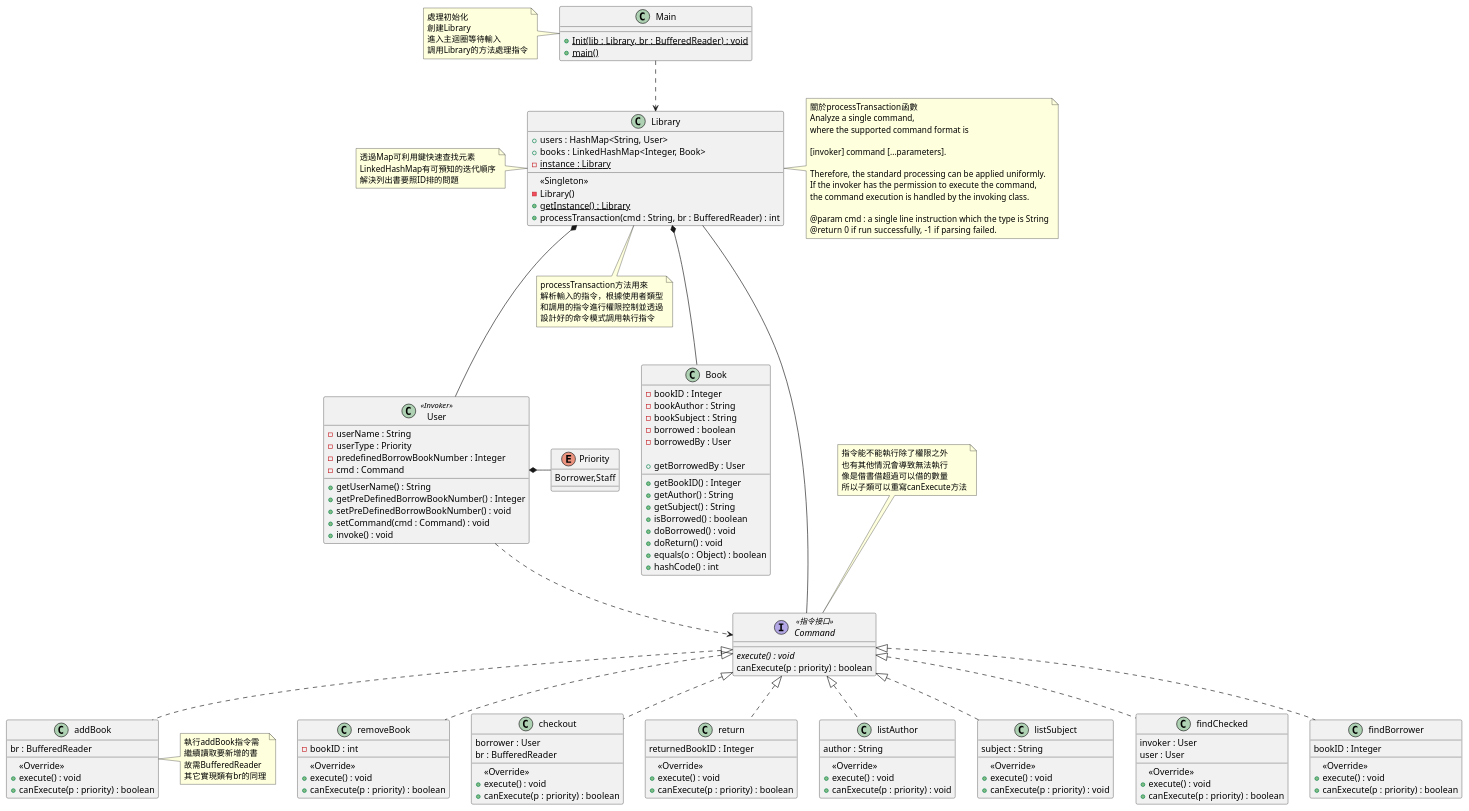
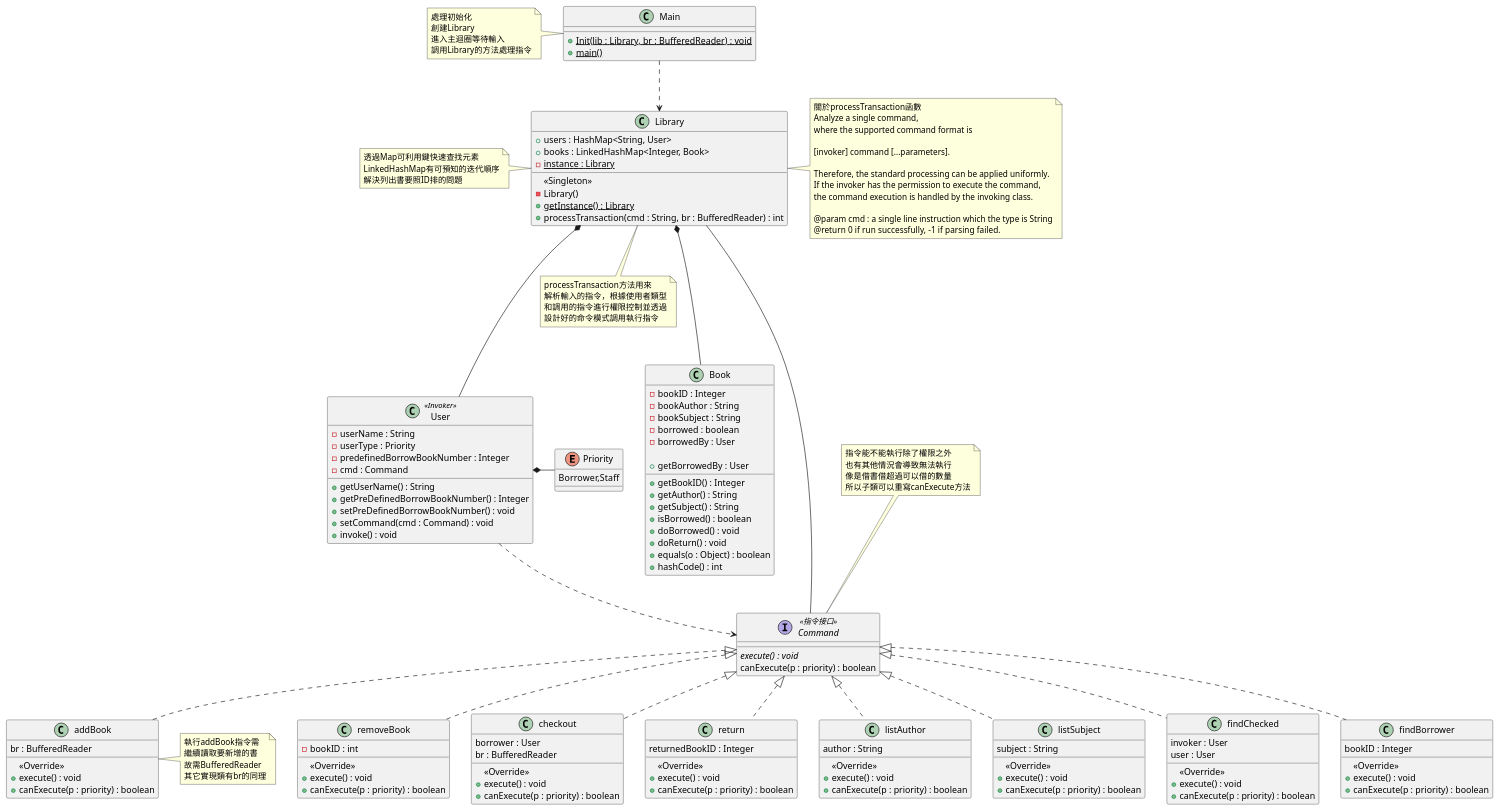
Before and after one commit to moquan4543/SystemDesignFinalProject: the diagram in UMLDiagram/scratch.puml, drawn with PlantUML.

Commit message:
modify class diagram

```diff
--- a/UMLDiagram/scratch.puml
+++ b/UMLDiagram/scratch.puml
@@ -1,130 +1,130 @@
 @startuml
 class Main{
     +{static}Init(lib : Library, br : BufferedReader) : void
     +{static}main()
 }
 note left of Main : 處理初始化\n創建Library\n進入主迴圈等待輸入\n調用Library的方法處理指令
 
 class Library{
     +users : HashMap<String, User>
     +books : LinkedHashMap<Integer, Book>
     {static}-instance : Library
 
     {method}<<Singleton>>
     -Library()
     {static}+getInstance() : Library
     +processTransaction(cmd : String, br : BufferedReader) : int
 }
 note left of Library : 透過Map可利用鍵快速查找元素\nLinkedHashMap有可預知的迭代順序\n解決列出書要照ID排的問題
 note bottom of Library : processTransaction方法用來\n解析輸入的指令，根據使用者類型\n和調用的指令進行權限控制並透過\n設計好的命令模式調用執行指令
 note right of Library : 關於processTransaction函數\nAnalyze a single command,\nwhere the supported command format is\n\n[invoker] command [...parameters].\n\nTherefore, the standard processing can be applied uniformly.\nIf the invoker has the permission to execute the command,\nthe command execution is handled by the invoking class.\n\n@param cmd : a single line instruction which the type is String\n@return  0 if run successfully, -1 if parsing failed.
 
 
 enum Priority{
     Borrower,Staff
 }
 class User<<Invoker>>{
     -userName : String
     -userType : Priority
     -predefinedBorrowBookNumber : Integer
     -cmd : Command
     +getUserName() : String
     +getPreDefinedBorrowBookNumber() : Integer
     +setPreDefinedBorrowBookNumber() : void
     +setCommand(cmd : Command) : void
     +invoke() : void
 }
 
 
 class Book{
     -bookID : Integer
     -bookAuthor : String
     -bookSubject : String
     -borrowed : boolean
     -borrowedBy : User
 
     +getBookID() : Integer
     +getAuthor() : String
     +getSubject() : String
     +isBorrowed() : boolean
     +getBorrowedBy : User
     +doBorrowed() : void
     +doReturn() : void
     +equals(o : Object) : boolean
     +hashCode() : int
 }
 
 
 interface Command<< 指令接口 >>{
     {abstract} execute() : void
     canExecute(p : priority) : boolean
 }
 note top of Command : 指令能不能執行除了權限之外\n也有其他情況會導致無法執行\n像是借書借超過可以借的數量\n所以子類可以重寫canExecute方法
 
 class addBook implements Command{
     br : BufferedReader
 
     {method}<<Override>>
     +execute() : void
     +canExecute(p : priority) : boolean
 }
 note right of addBook : 執行addBook指令需\n繼續讀取要新增的書\n故需BufferedReader\n其它實現類有br的同理
 
 class removeBook implements Command{
     -bookID : int
     {method}<<Override>>
     +execute() : void
     +canExecute(p : priority) : boolean
 }
 
 class checkout implements Command{
     borrower : User
     br : BufferedReader
     {method}<<Override>>
     +execute() : void
     +canExecute(p : priority) : boolean
 }
 
 class return implements Command{
     returnedBookID : Integer
     {method}<<Override>>
     +execute() : void
     +canExecute(p : priority) : boolean
 }
 
 class listAuthor implements Command{
     author : String
     {method}<<Override>>
     +execute() : void
-    +canExecute(p : priority) : void
+    +canExecute(p : priority) : boolean
 }
 
 class listSubject implements Command{
     subject : String
     {method}<<Override>>
     +execute() : void
-    +canExecute(p : priority) : void
+    +canExecute(p : priority) : boolean
 }
 
 class findChecked implements Command{
     invoker : User
     user : User
     {method}<<Override>>
     +execute() : void
     +canExecute(p : priority) : boolean
 }
 
 class findBorrower implements Command{
     bookID : Integer
     {method}<<Override>>
     +execute() : void
     +canExecute(p : priority) : boolean
 }
 
 Main ..> Library
 Library -- Command
 Library *--- Book
 Library *--- User
 User *- Priority
 User ..> Command
 @enduml
```
